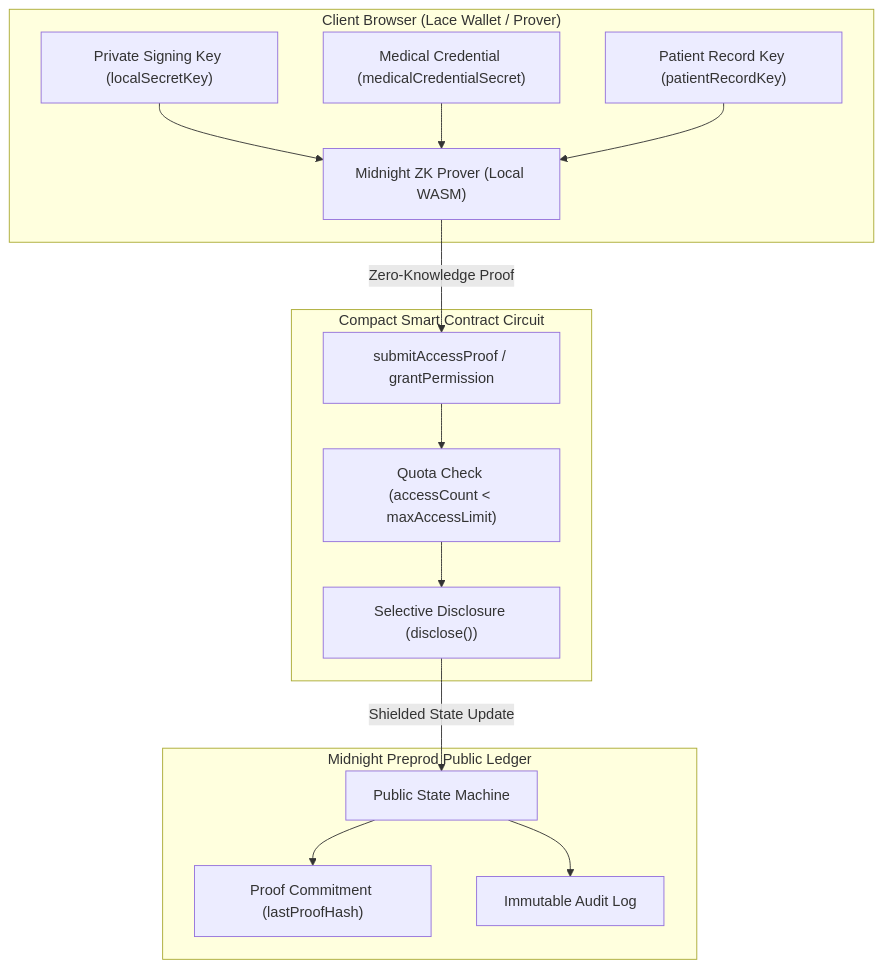
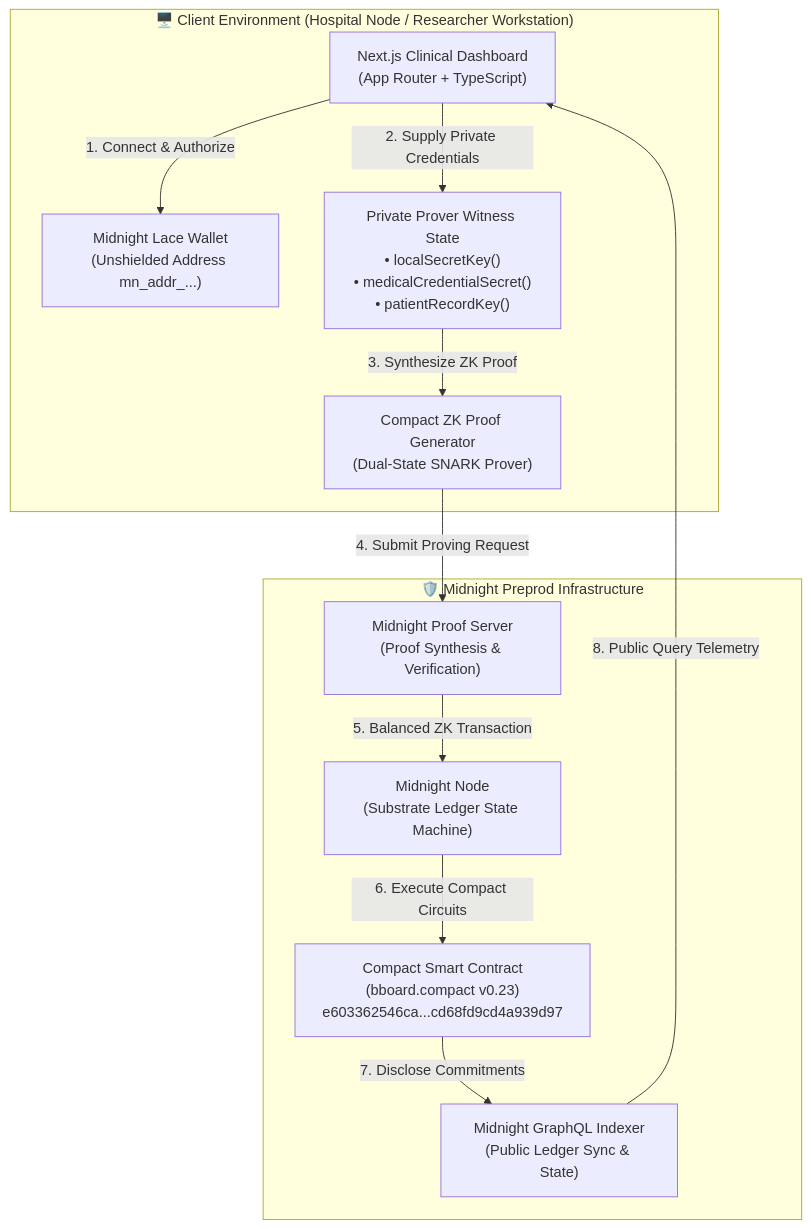
The first of 3 diagrams in README.md (Suchismita40/confidential-medical), drawn with Mermaid before and after one commit. The commit also changed other lines of this file, not shown here.

Commit message:
docs: professional README rebuild, verified Compact circuit table, and technical architecture

````diff
--- a/README.md
+++ b/README.md
@@ -84,31 +73,36 @@
 ```mermaid
-graph TD
-    subgraph Client ["Client Browser (Lace Wallet / Prover)"]
-        SK["Private Signing Key (localSecretKey)"]
-        Cred["Medical Credential (medicalCredentialSecret)"]
-        PKK["Patient Record Key (patientRecordKey)"]
-        Prover["Midnight ZK Prover (Local WASM)"]
+flowchart TD
+    subgraph Client["🖥️ Client Environment (Hospital Node / Researcher Workstation)"]
+        UI["Next.js Clinical Dashboard
+(App Router + TypeScript)"]
+        Lace["Midnight Lace Wallet
+(Unshielded Address mn_addr_...)"]
+        Witness["Private Prover Witness State
+• localSecretKey()
+• medicalCredentialSecret()
+• patientRecordKey()"]
+        ProofGen["Compact ZK Proof Generator
+(Dual-State SNARK Prover)"]
     end
 
-    subgraph Compact ["Compact Smart Contract Circuit"]
-        Circuit["submitAccessProof / grantPermission"]
-        Quota["Quota Check (accessCount < maxAccessLimit)"]
-        Disclose["Selective Disclosure (disclose())"]
+    subgraph MidnightInfra["🛡️ Midnight Preprod Infrastructure"]
+        ProofServer["Midnight Proof Server
+(Proof Synthesis & Verification)"]
+        Node["Midnight Node
+(Substrate Ledger State Machine)"]
+        Contract["Compact Smart Contract
+(bboard.compact v0.23)
+e603362546ca...cd68fd9cd4a939d97"]
+        Indexer["Midnight GraphQL Indexer
+(Public Ledger Sync & State)"]
     end
 
-    subgraph Ledger ["Midnight Preprod Public Ledger"]
-        PublicState["Public State Machine"]
-        ProofHash["Proof Commitment (lastProofHash)"]
-        AuditLog["Immutable Audit Log"]
-    end
-
-    SK --> Prover
-    Cred --> Prover
-    PKK --> Prover
-    Prover -->|Zero-Knowledge Proof| Circuit
-    Circuit --> Quota
-    Quota --> Disclose
-    Disclose -->|Shielded State Update| PublicState
-    PublicState --> ProofHash
-    PublicState --> AuditLog
+    UI -->|1. Connect & Authorize| Lace
+    UI -->|2. Supply Private Credentials| Witness
+    Witness -->|3. Synthesize ZK Proof| ProofGen
+    ProofGen -->|4. Submit Proving Request| ProofServer
+    ProofServer -->|5. Balanced ZK Transaction| Node
+    Node -->|6. Execute Compact Circuits| Contract
+    Contract -->|7. Disclose Commitments| Indexer
+    Indexer -->|8. Public Query Telemetry| UI
 ```
````
